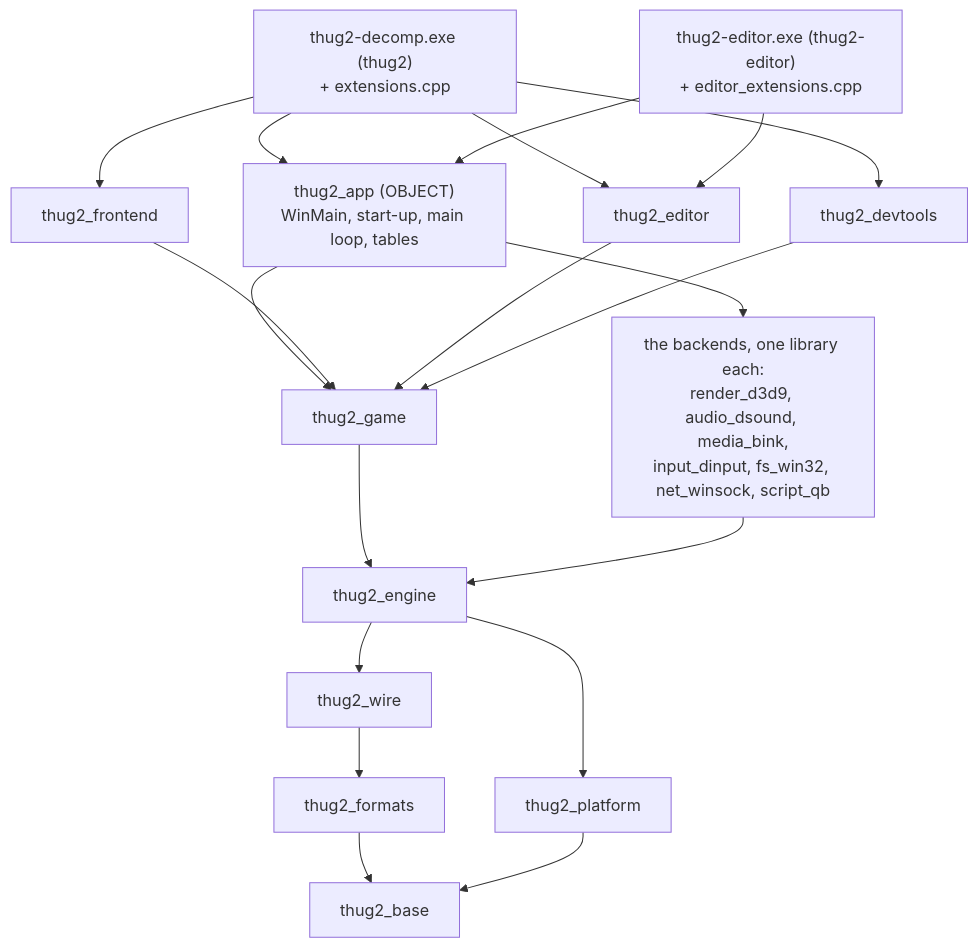
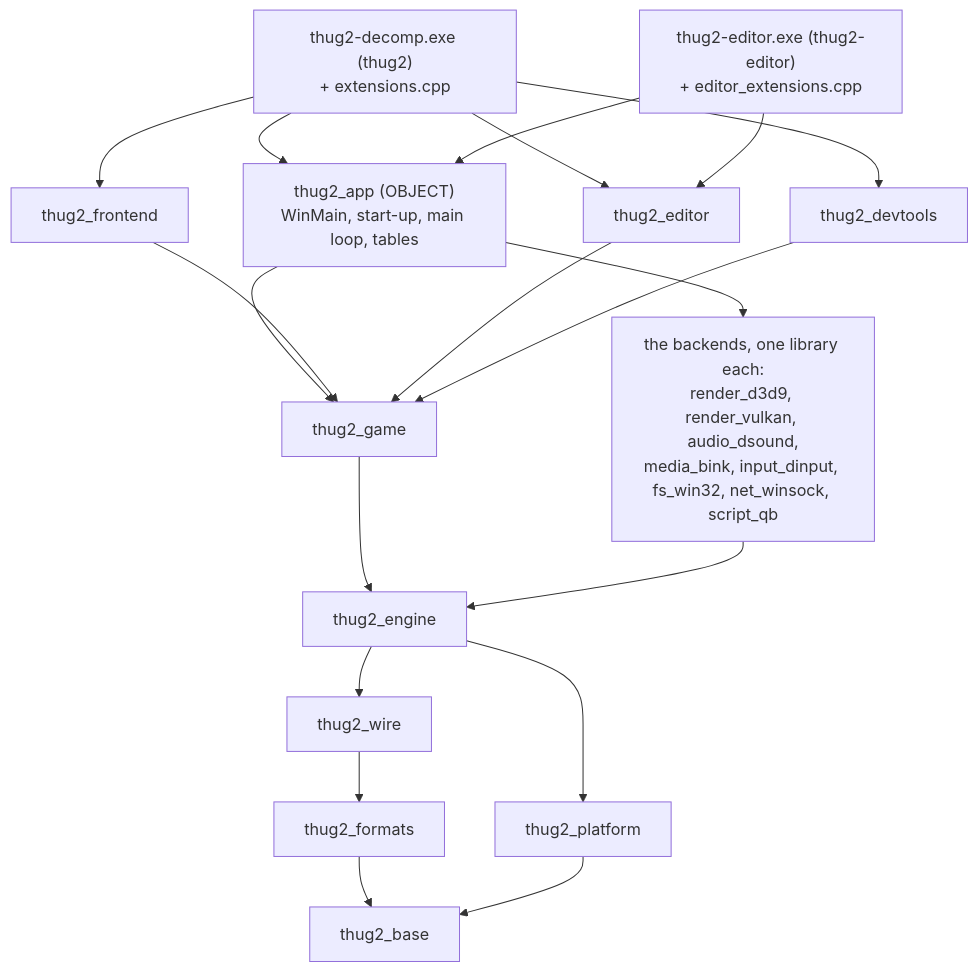
One commit to CanuckAussieKev/thug2-decomp changed the diagram in docs/architecture.md. Above: the diagram before and after it, drawn with Mermaid. The commit also changed other lines of this file and 7 other files, not shown here.

First line of the commit message:
render_vulkan: the Vulkan backend's library, a strict layer that app/ links

````diff
--- a/docs/architecture.md
+++ b/docs/architecture.md
@@ -156,35 +157,35 @@
 ```mermaid
 graph TD
     thug2["thug2-decomp.exe (thug2)<br/>+ extensions.cpp"]
     editorexe["thug2-editor.exe (thug2-editor)<br/>+ editor_extensions.cpp"]
     app["thug2_app (OBJECT)<br/>WinMain, start-up, main loop, tables"]
     frontend[thug2_frontend]
     editor[thug2_editor]
     devtools[thug2_devtools]
     game[thug2_game]
     engine[thug2_engine]
-    backends["the backends, one library each:<br/>render_d3d9, audio_dsound, media_bink,<br/>input_dinput, fs_win32, net_winsock, script_qb"]
+    backends["the backends, one library each:<br/>render_d3d9, render_vulkan, audio_dsound,<br/>media_bink, input_dinput, fs_win32, net_winsock, script_qb"]
     wire[thug2_wire]
     platform[thug2_platform]
     formats[thug2_formats]
     base[thug2_base]
 
     thug2 --> app
     thug2 --> frontend
     thug2 --> editor
     thug2 --> devtools
     editorexe --> app
     editorexe --> editor
     app --> game
     app --> backends
     frontend --> game
     editor --> game
     devtools --> game
     game --> engine
     backends --> engine
     engine --> wire
     engine --> platform
     wire --> formats
     formats --> base
     platform --> base
 ```
````
